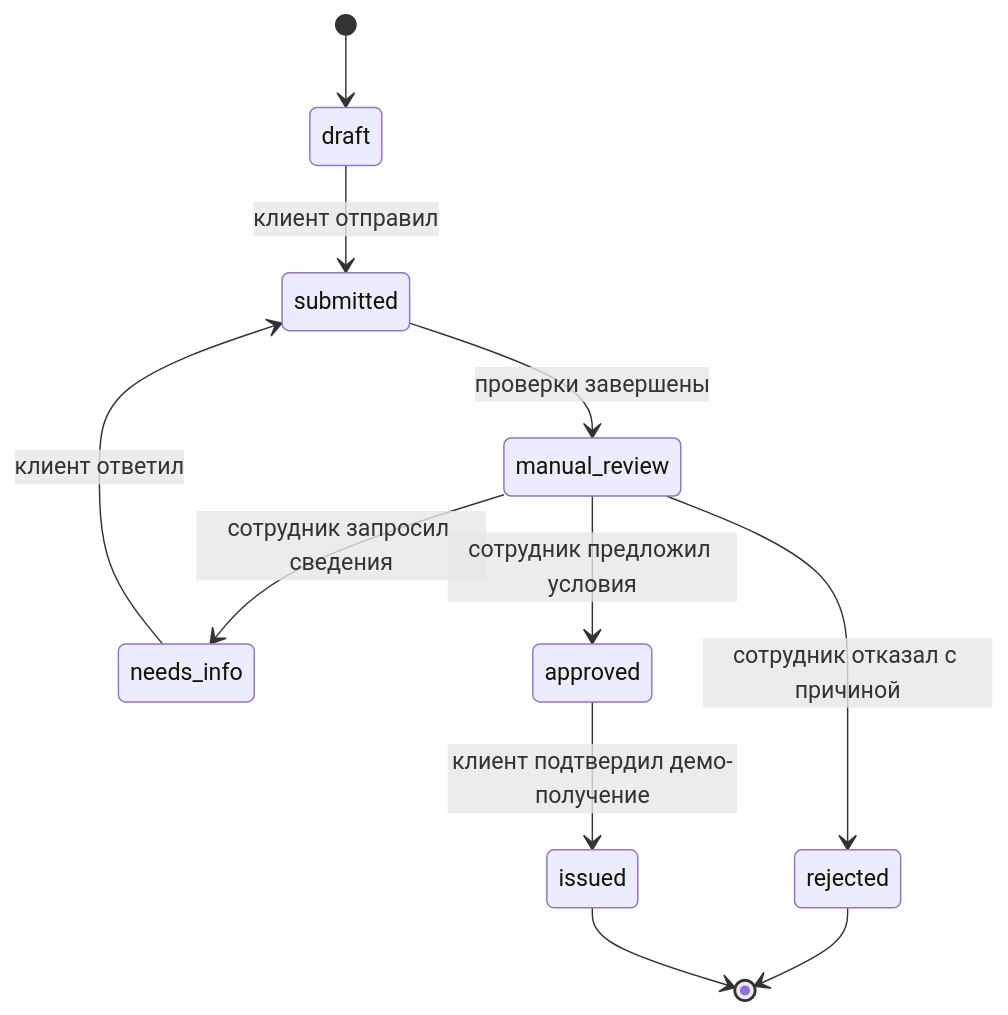
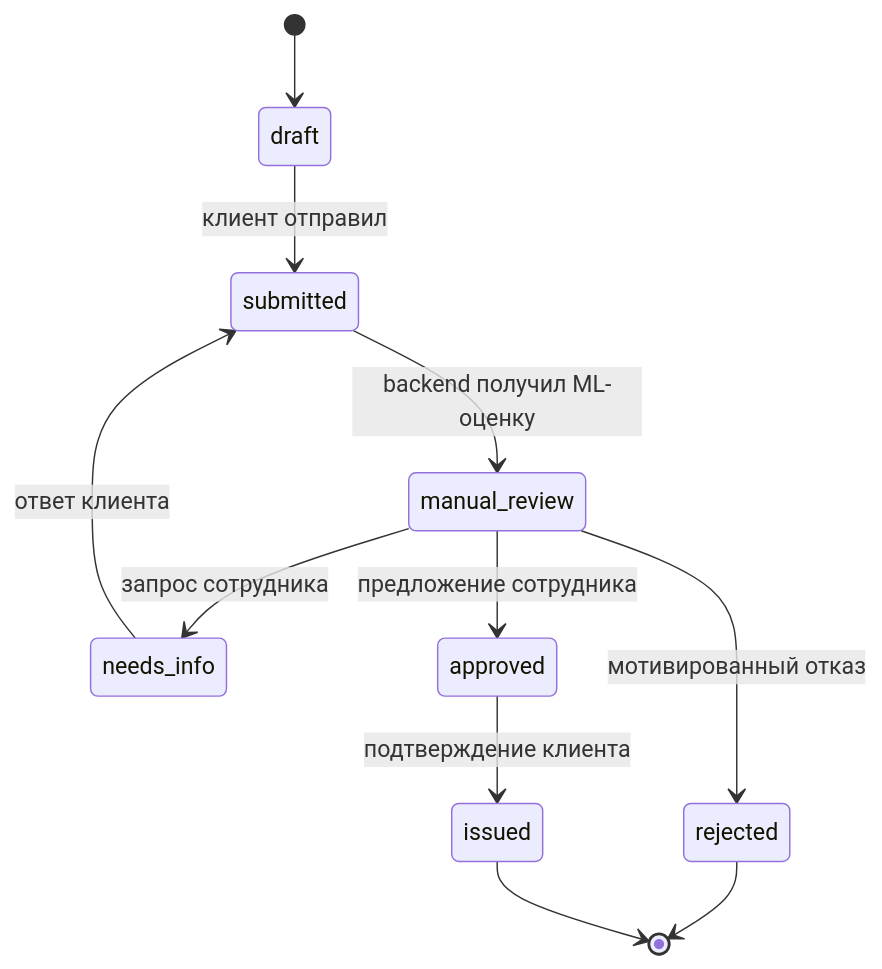
The second of 2 diagrams in docs/architecture.md (Churachok/milktower_523), drawn with Mermaid before and after one commit. The commit also changed other lines of this file and 49 other files, not shown here.

````diff
--- a/docs/architecture.md
+++ b/docs/architecture.md
@@ -43,13 +32,13 @@
 ```mermaid
 stateDiagram-v2
   [*] --> draft
   draft --> submitted: клиент отправил
-  submitted --> manual_review: проверки завершены
-  manual_review --> needs_info: сотрудник запросил сведения
-  needs_info --> submitted: клиент ответил
-  manual_review --> approved: сотрудник предложил условия
-  manual_review --> rejected: сотрудник отказал с причиной
-  approved --> issued: клиент подтвердил демо-получение
+  submitted --> manual_review: backend получил ML-оценку
+  manual_review --> needs_info: запрос сотрудника
+  needs_info --> submitted: ответ клиента
+  manual_review --> approved: предложение сотрудника
+  manual_review --> rejected: мотивированный отказ
+  approved --> issued: подтверждение клиента
   rejected --> [*]
   issued --> [*]
 ```
````
